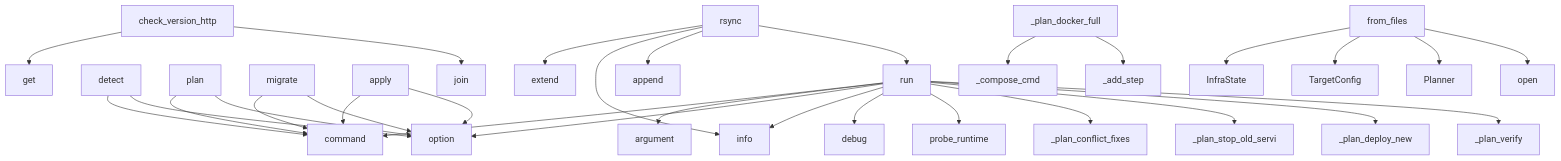
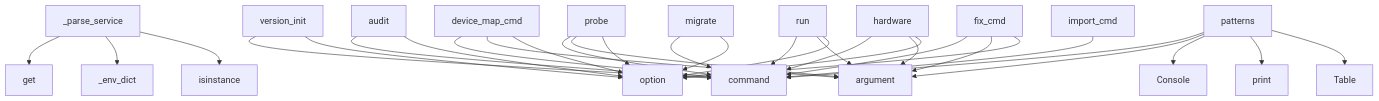
The diagram in project/context.md (maskservice/redeploy), drawn with Mermaid before and after one commit. The commit also changed other lines of this file and 54 other files, not shown here.

````diff
--- a/project/context.md
+++ b/project/context.md
@@ -398,33 +685,33 @@
 ```mermaid
 graph TD
+    _parse_service --> get
+    _parse_service --> _env_dict
+    _parse_service --> isinstance
+    device_map_cmd --> command
+    device_map_cmd --> argument
+    device_map_cmd --> option
+    version_init --> command
+    version_init --> option
+    audit --> command
+    audit --> option
+    probe --> command
+    probe --> argument
+    probe --> option
+    patterns --> command
+    patterns --> argument
+    patterns --> Console
+    patterns --> print
+    patterns --> Table
     run --> command
     run --> argument
     run --> option
-    detect --> command
-    detect --> option
-    plan --> command
-    plan --> option
+    hardware --> command
+    hardware --> argument
+    hardware --> option
+    fix_cmd --> command
+    fix_cmd --> argument
+    fix_cmd --> option
     migrate --> command
     migrate --> option
-    run --> info
-    run --> debug
-    run --> probe_runtime
-    apply --> command
-    apply --> option
-    check_version_http --> get
-    check_version_http --> join
-    rsync --> extend
-    rsync --> info
-    rsync --> append
-    rsync --> run
-    run --> _plan_conflict_fixes
-    run --> _plan_stop_old_servi
-    run --> _plan_deploy_new
-    run --> _plan_verify
-    _plan_docker_full --> _compose_cmd
-    _plan_docker_full --> _add_step
-    from_files --> InfraState
-    from_files --> TargetConfig
-    from_files --> Planner
-    from_files --> open
+    import_cmd --> command
 ```
````
